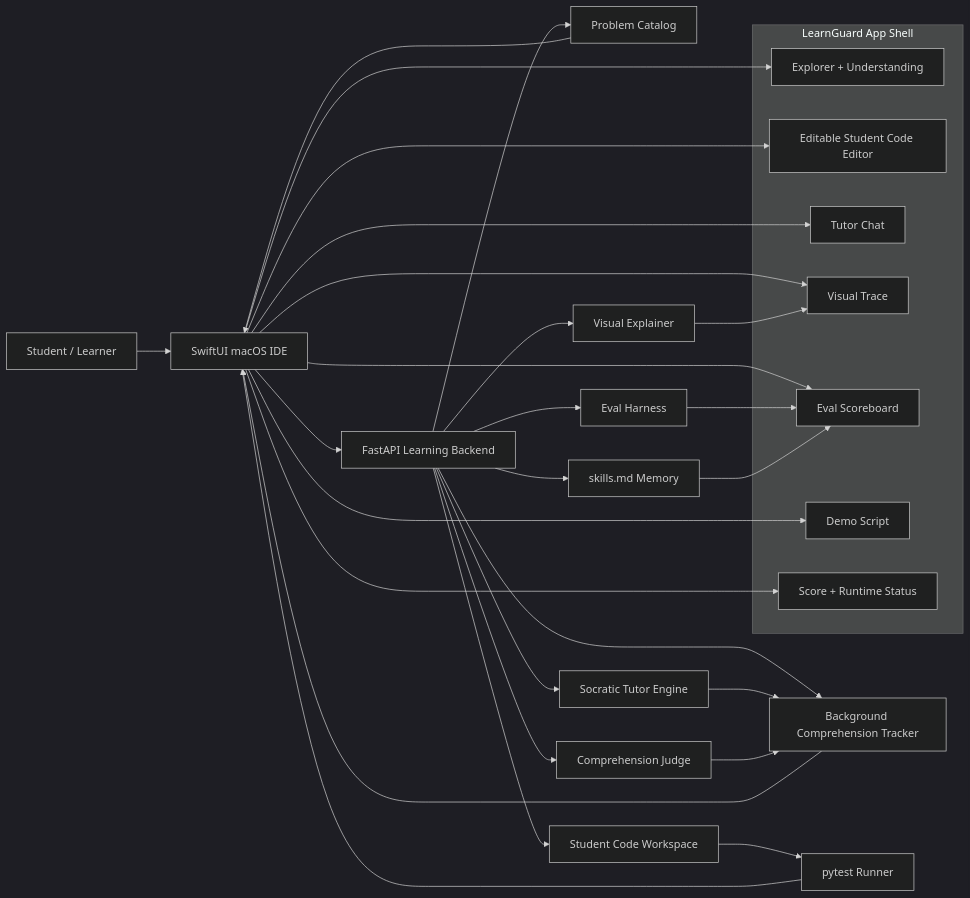
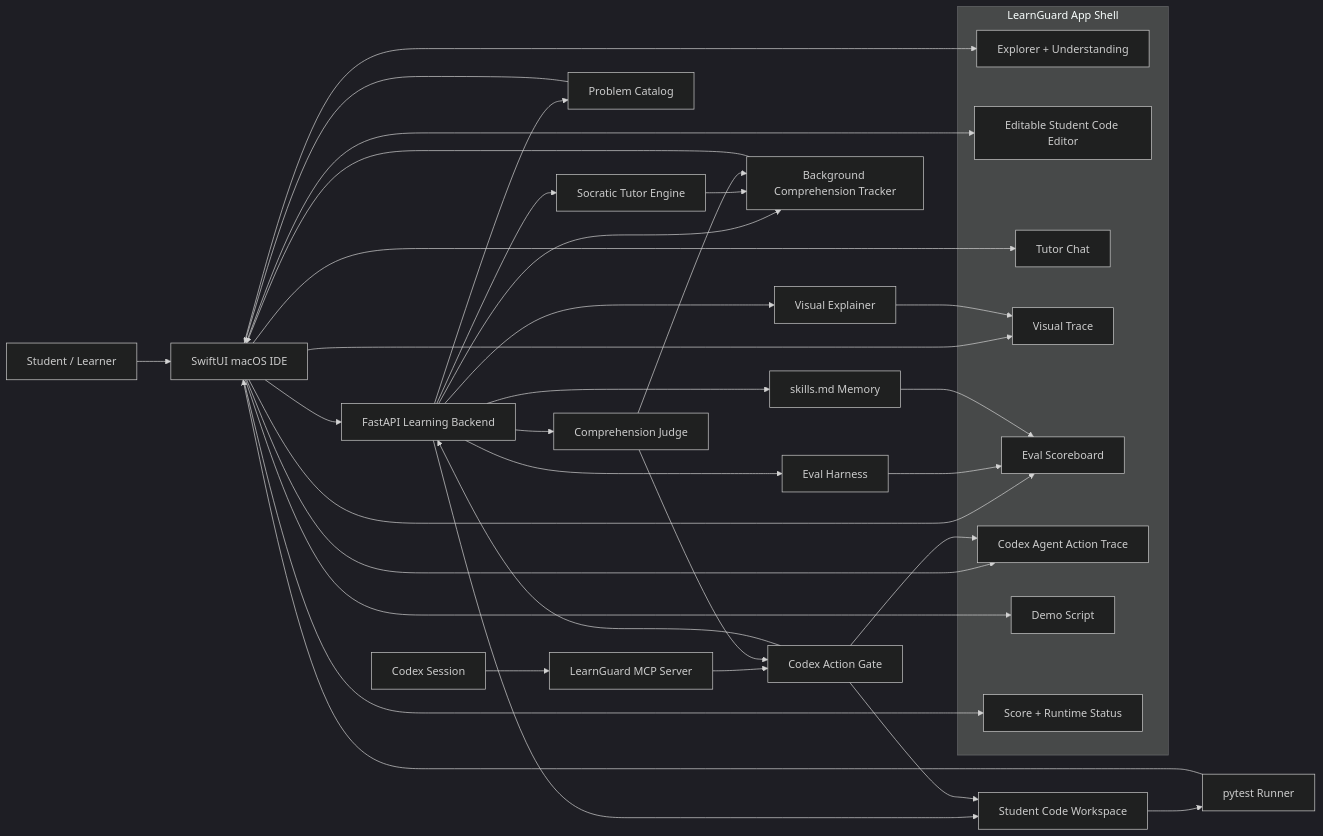
The first of 3 diagrams in ARCHITECTURE.md (minchiaHuang/LearnGuard), drawn with Mermaid (dark theme) before and after one commit. The commit also changed other lines of this file and 11 other files, not shown here.

````diff
--- a/ARCHITECTURE.md
+++ b/ARCHITECTURE.md
@@ -13,42 +11,50 @@
 ```mermaid
 flowchart LR
     Student["Student / Learner"] --> App["SwiftUI macOS IDE"]
+    Codex["Codex Session"] --> MCP["LearnGuard MCP Server"]
 
     subgraph AppShell["LearnGuard App Shell"]
         Explorer["Explorer + Understanding"]
         Editor["Editable Student Code Editor"]
         TutorPanel["Tutor Chat"]
         VisualPanel["Visual Trace"]
         ScoreboardPanel["Eval Scoreboard"]
+        TracePanel["Codex Agent Action Trace"]
         ScriptPanel["Demo Script"]
         Status["Score + Runtime Status"]
     end
 
     App --> Explorer
     App --> Editor
     App --> TutorPanel
     App --> VisualPanel
     App --> ScoreboardPanel
+    App --> TracePanel
     App --> ScriptPanel
     App --> Status
 
     App --> API["FastAPI Learning Backend"]
+    MCP --> Gate["Codex Action Gate"]
+    Gate --> API
     API --> Catalog["Problem Catalog"]
     API --> Tutor["Socratic Tutor Engine"]
     API --> Judge["Comprehension Judge"]
     API --> Explainer["Visual Explainer"]
     API --> Workspace["Student Code Workspace"]
     API --> Score["Background Comprehension Tracker"]
     API --> Evals["Eval Harness"]
     API --> Skills["skills.md Memory"]
 
     Catalog --> App
+    Judge --> Gate
+    Gate --> Workspace
     Workspace --> Tests["pytest Runner"]
     Tutor --> Score
     Judge --> Score
     Explainer --> VisualPanel
     Tests --> App
     Score --> App
     Evals --> ScoreboardPanel
     Skills --> ScoreboardPanel
+    Gate --> TracePanel
 ```
````
